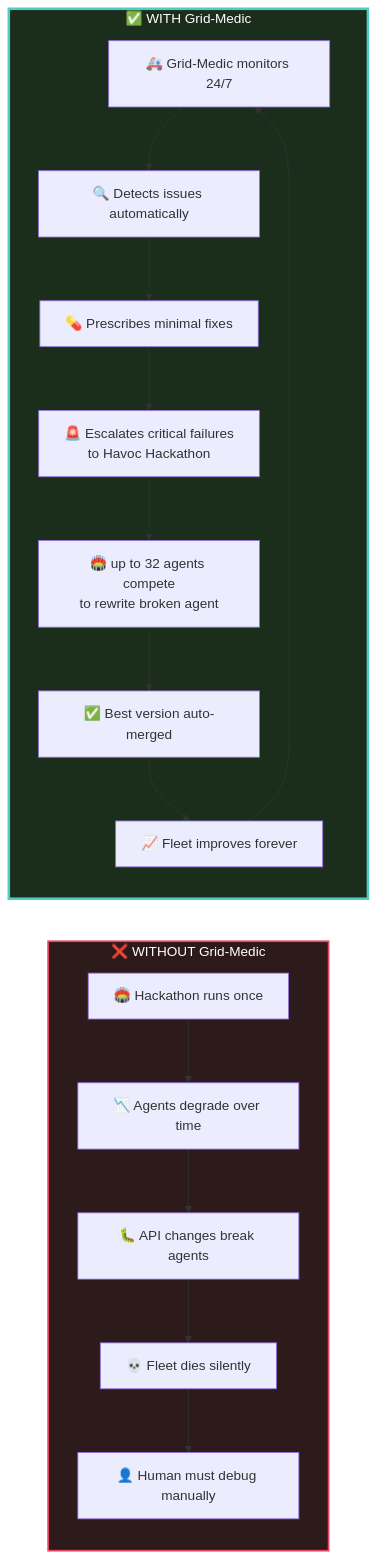
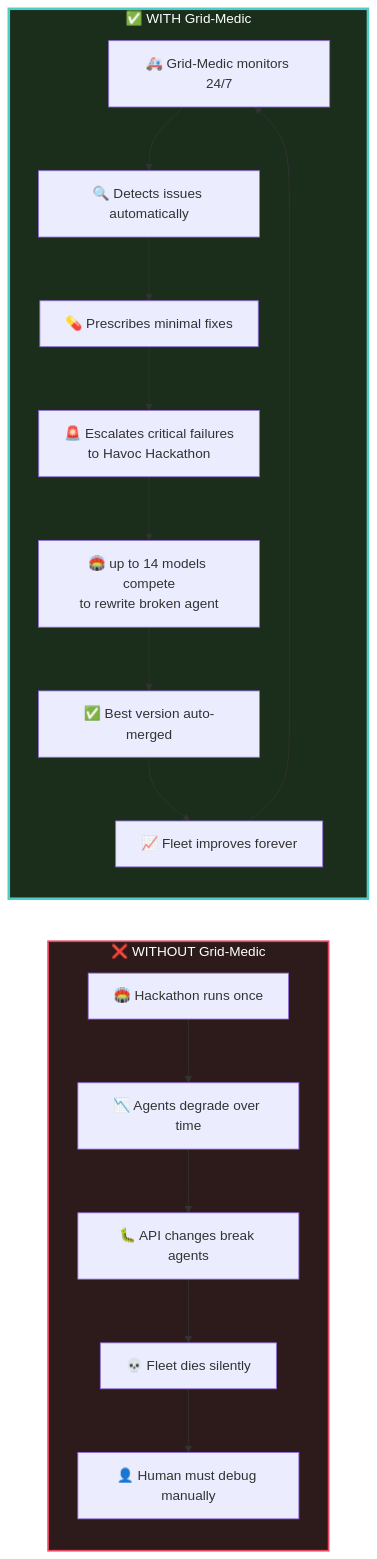
One commit to DUBSOpenHub/havoc-hackathon changed the second of 5 diagrams in docs/GRID-MEDIC-ARCHITECTURE.md. Above: the diagram before and after it, drawn with Mermaid. The commit also changed other lines of this file and 1 other file, not shown here.

````diff
--- a/docs/GRID-MEDIC-ARCHITECTURE.md
+++ b/docs/GRID-MEDIC-ARCHITECTURE.md
@@ -59,24 +59,24 @@
 ```mermaid
 flowchart LR
     subgraph WITHOUT["❌ WITHOUT Grid-Medic"]
         direction TB
         W1["🏟️ Hackathon runs once"] --> W2["📉 Agents degrade over time"]
         W2 --> W3["🐛 API changes break agents"]
         W3 --> W4["💀 Fleet dies silently"]
         W4 --> W5["👤 Human must debug manually"]
     end
 
     subgraph WITH["✅ WITH Grid-Medic"]
         direction TB
         G1["🚑 Grid-Medic monitors 24/7"] --> G2["🔍 Detects issues automatically"]
         G2 --> G3["💊 Prescribes minimal fixes"]
         G3 --> G4["🚨 Escalates critical failures\nto Havoc Hackathon"]
-        G4 --> G5["🏟️ up to 32 agents compete\nto rewrite broken agent"]
+        G4 --> G5["🏟️ up to 14 models compete\nto rewrite broken agent"]
         G5 --> G6["✅ Best version auto-merged"]
         G6 --> G7["📈 Fleet improves forever"]
         G7 --> G1
     end
 
     style WITHOUT fill:#2d1b1b,stroke:#e94560,stroke-width:2px,color:#fff
     style WITH fill:#1b2d1b,stroke:#4ecdc4,stroke-width:3px,color:#fff
 ```
````
